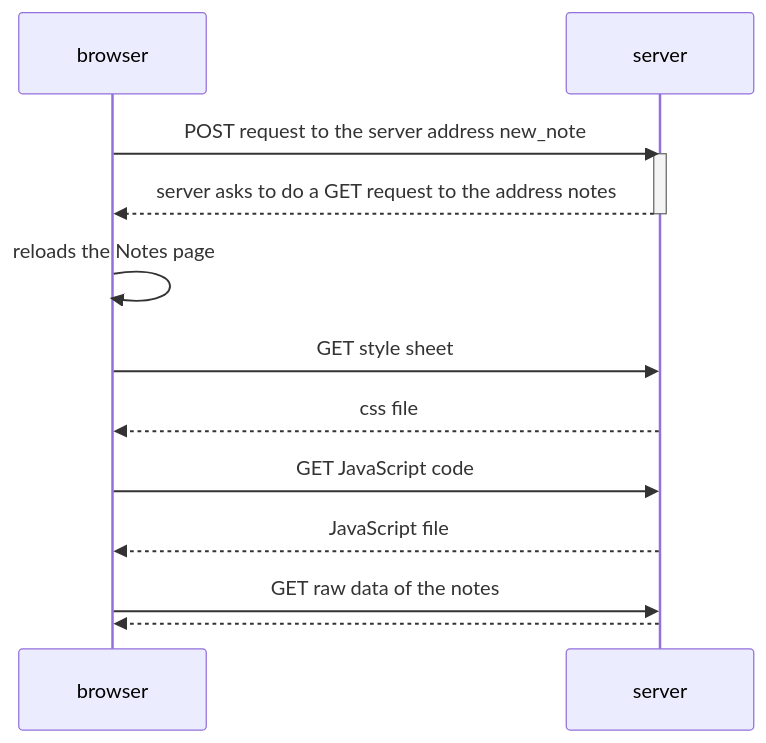
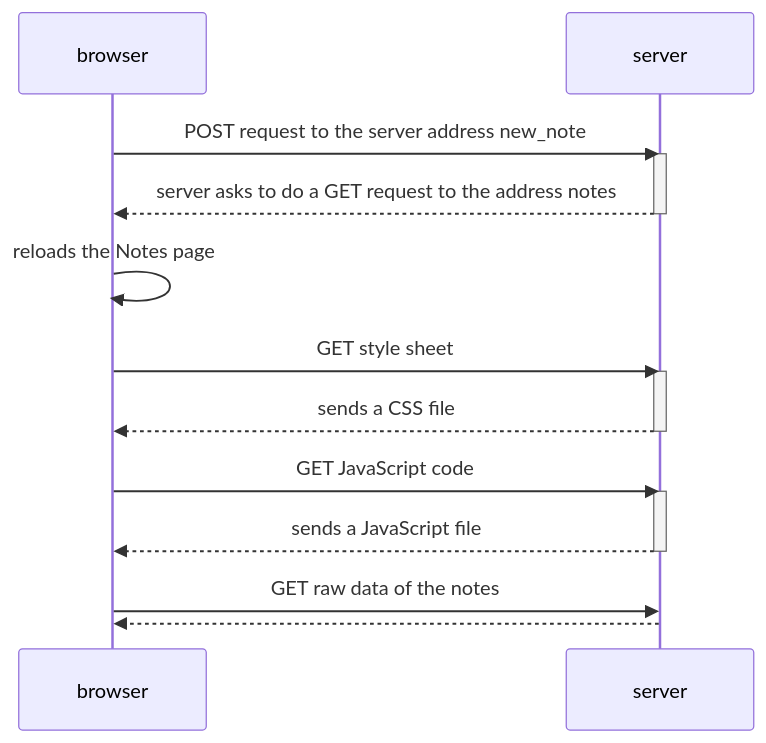
The diagram in Part0.md (early-dew/FullStackOpen), drawn with Mermaid before and after one commit.

````diff
--- a/Part0.md
+++ b/Part0.md
@@ -1,16 +1,20 @@
 ```mermaid
 sequenceDiagram
  participant browser
  participant server
  browser->>server: POST request to the server address new_note
  activate server
  server-->>browser:  server asks to do a GET request to the address notes
  deactivate server
  browser->>browser: reloads the Notes page
  browser->>server: GET style sheet
- server-->>browser: css file
+ activate server
+ server-->>browser: sends a CSS file
+ deactivate server
  browser->>server: GET JavaScript code
- server-->>browser: JavaScript file
+ activate server
+ server-->>browser: sends a JavaScript file
+ deactivate server
  browser->>server: GET raw data of the notes
  server-->>browser: 
 ```
````
